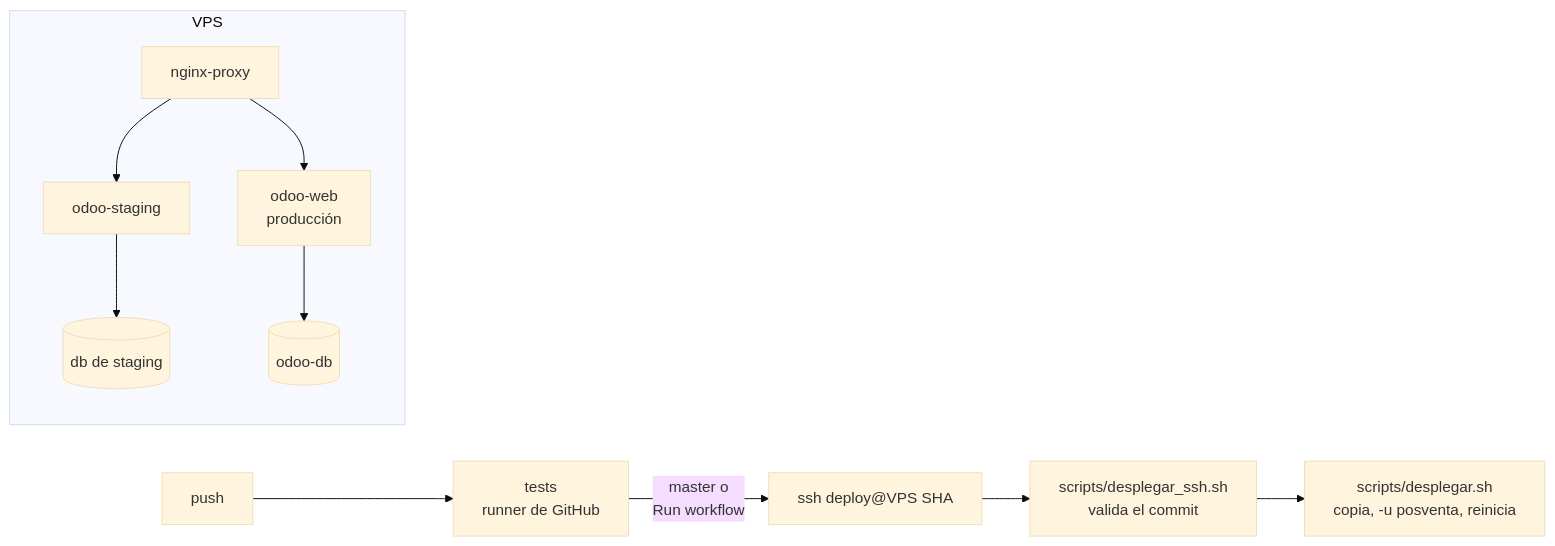
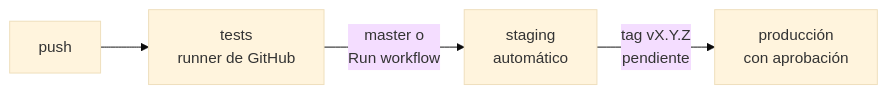
One commit to ffunes-cru/posventa changed the diagram in docs/despliegue.md. Above: the diagram before and after it, drawn with Mermaid (base theme). The commit also changed other lines of this file and 9 other files, not shown here.

````diff
--- a/docs/despliegue.md
+++ b/docs/despliegue.md
@@ -10,13 +10,6 @@
 ```mermaid
 flowchart LR
     A[push] --> B[tests<br/>runner de GitHub]
-    B -->|master o<br/>Run workflow| C[ssh deploy@VPS SHA]
-    C --> D[scripts/desplegar_ssh.sh<br/>valida el commit]
-    D --> E[scripts/desplegar.sh<br/>copia, -u posventa, reinicia]
-    subgraph VPS
-      N[nginx-proxy] --> P[odoo-web<br/>producción]
-      N --> S[odoo-staging]
-      S --> SD[(db de staging)]
-      P --> PD[(odoo-db)]
-    end
+    B -->|master o<br/>Run workflow| C[staging<br/>automático]
+    C -->|tag vX.Y.Z<br/>pendiente| D[producción<br/>con aprobación]
 ```
````
